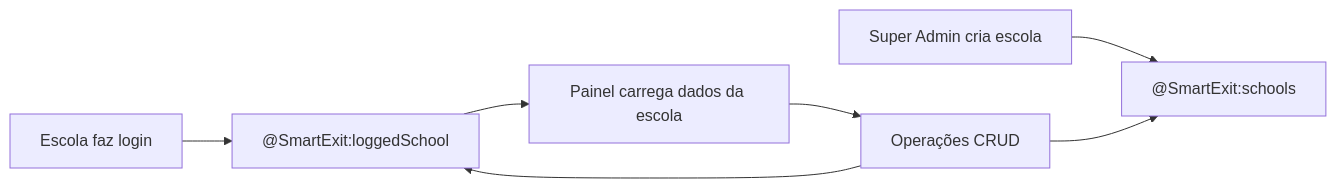
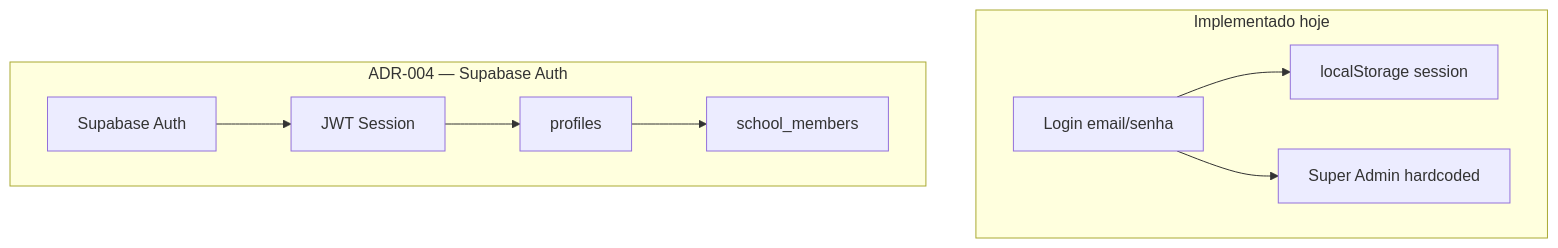
Before and after one commit to wesleytj/smart-exit-school: the second of 2 diagrams in docs/arquitetura.md, drawn with Mermaid. The commit also changed other lines of this file and 14 other files, not shown here.

````diff
--- a/docs/arquitetura.md
+++ b/docs/arquitetura.md
@@ -97,9 +92,13 @@
 ```mermaid
-flowchart LR
-    A[Super Admin cria escola] --> B["@SmartExit:schools"]
-    C[Escola faz login] --> D["@SmartExit:loggedSchool"]
-    D --> E[Painel carrega dados da escola]
-    E --> F[Operações CRUD]
-    F --> B
-    F --> D
+flowchart TD
+    subgraph Atual["Implementado hoje"]
+        L1[Login email/senha] --> LS1[localStorage session]
+        L1 --> AdminHardcoded[Super Admin hardcoded]
+    end
+
+    subgraph Alvo["ADR-004 — Supabase Auth"]
+        L2[Supabase Auth] --> JWT[JWT Session]
+        JWT --> Profiles[profiles]
+        Profiles --> Members[school_members]
+    end
 ```
````
